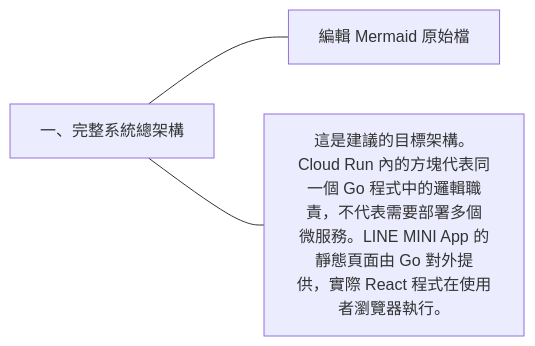
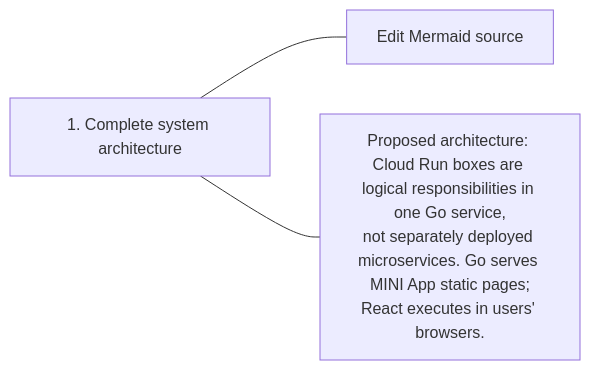
Before and after one commit to 963sup/line-mini-app-bot: the second of 38 diagrams in docs/proposals/line-engineering/README.md, drawn with Mermaid. The commit also changed other lines of this file and 341 other files, not shown here.

````diff
--- a/docs/proposals/line-engineering/README.md
+++ b/docs/proposals/line-engineering/README.md
@@ -35,7 +39,7 @@
 ```mermaid
 flowchart LR
-  h["一、完整系統總架構"]
-  h --- n0["編輯 Mermaid 原始檔"]
+  h["1. Complete system architecture"]
+  h --- n0["Edit Mermaid source"]
   click n0 "diagrams/platform-overview.mermaid"
-  h --- n1["這是建議的目標架構。Cloud Run 內的方塊代表同<br/>一個 Go 程式中的邏輯職責，不代表需要部署多個<br/>微服務。LINE MINI App 的靜態頁面由 Go 對外提<br/>供，實際 React 程式在使用者瀏覽器執行。"]
+  h --- n1["Proposed architecture: Cloud Run boxes are logical responsibilities in one Go service,<br/>not separately deployed microservices. Go serves MINI App static pages;<br/>React executes in users' browsers."]
 ```
````
